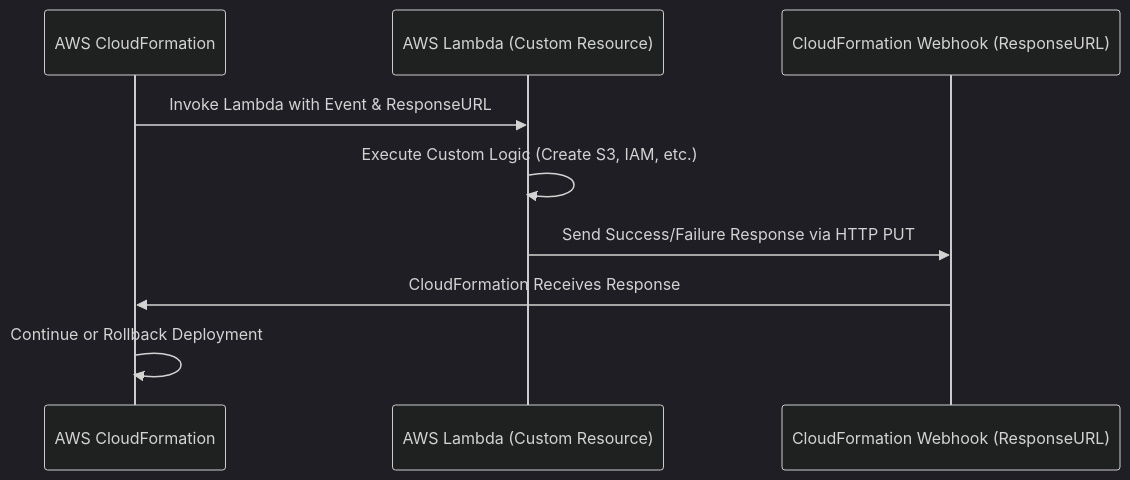
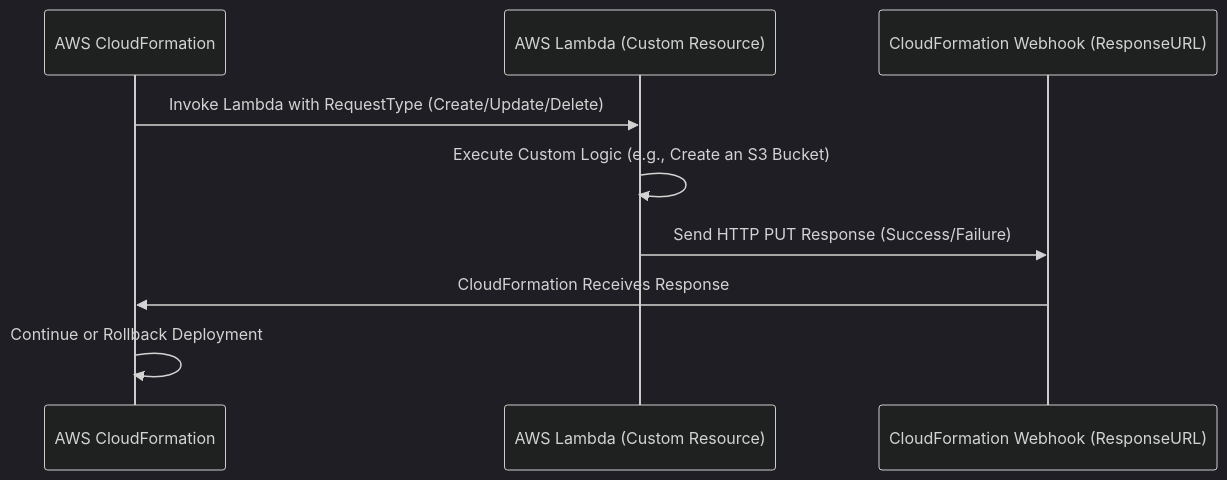
Before and after one commit to hadywafa/DevOpsHub: the diagram in 5-cloud Providers/aws/aws-cfn/6.1.cfn-custom-resources.md, drawn with Mermaid (dark theme). The commit also changed other lines of this file and 4 other files, not shown here.

````diff
--- a/5-cloud Providers/aws/aws-cfn/6.1.cfn-custom-resources.md
+++ b/5-cloud Providers/aws/aws-cfn/6.1.cfn-custom-resources.md
@@ -104,12 +39,12 @@
 ```mermaid
 sequenceDiagram
     participant CFN as AWS CloudFormation
     participant Lambda as AWS Lambda (Custom Resource)
-    participant CloudFormationService as CloudFormation Webhook (ResponseURL)
+    participant API as CloudFormation Webhook (ResponseURL)
 
-    CFN->>Lambda: Invoke Lambda with Event & ResponseURL
-    Lambda->>Lambda: Execute Custom Logic (Create S3, IAM, etc.)
-    Lambda->>CloudFormationService: Send Success/Failure Response via HTTP PUT
-    CloudFormationService->>CFN: CloudFormation Receives Response
+    CFN->>Lambda: Invoke Lambda with RequestType (Create/Update/Delete)
+    Lambda->>Lambda: Execute Custom Logic (e.g., Create an S3 Bucket)
+    Lambda->>API: Send HTTP PUT Response (Success/Failure)
+    API->>CFN: CloudFormation Receives Response
     CFN->>CFN: Continue or Rollback Deployment
 ```
````
